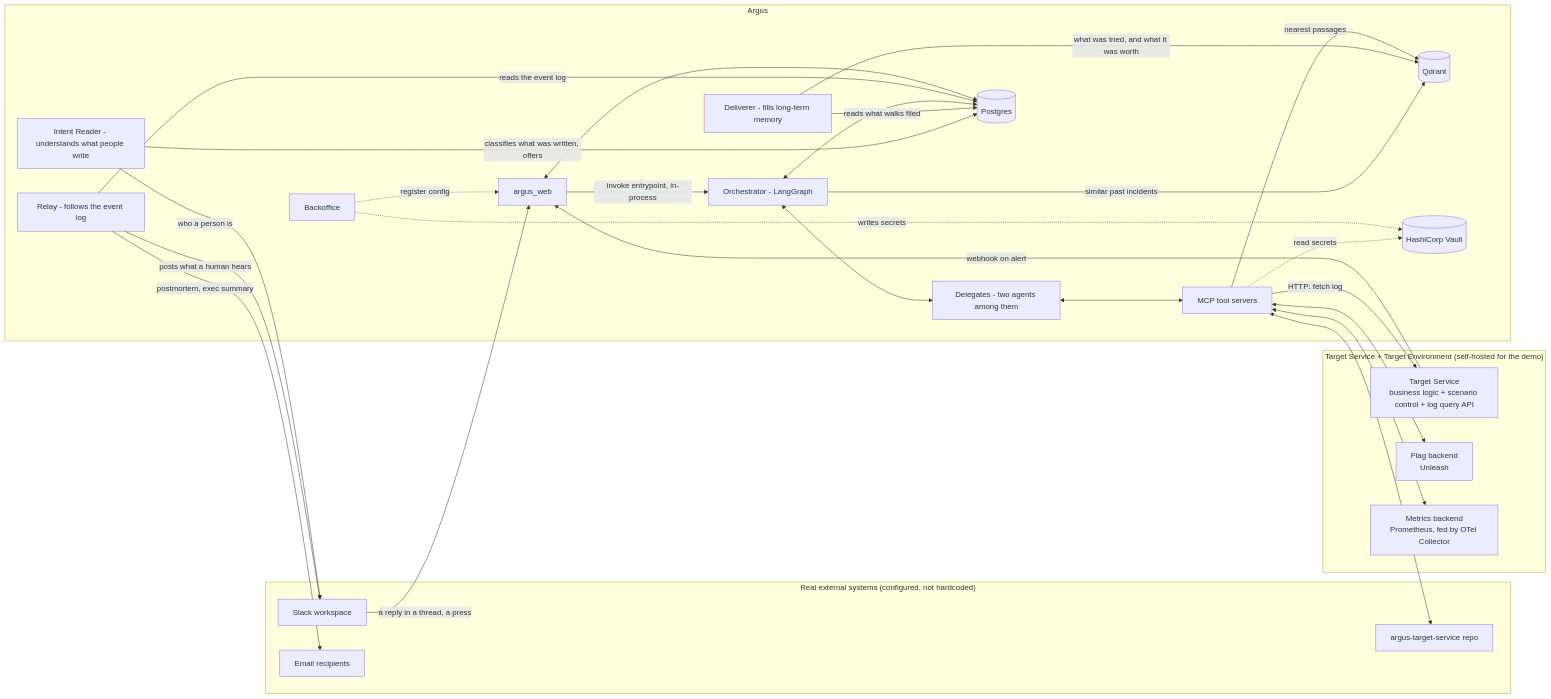
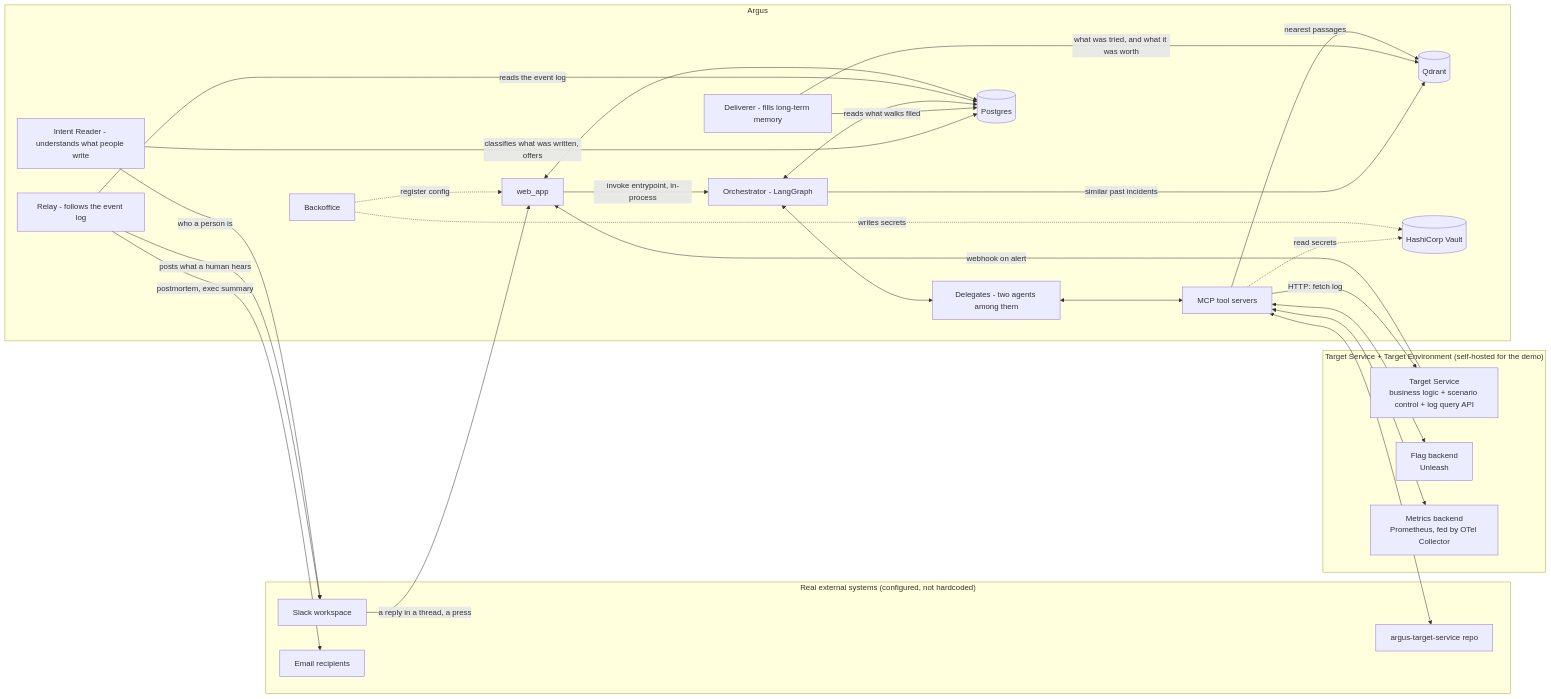
One commit to ohadraz/Argus changed the first of 6 diagrams in docs/spec-and-architecture.md. Above: the diagram before and after it, drawn with Mermaid. The commit also changed other lines of this file and 114 other files, not shown here.

Commit message:
argus_web becomes web_app, its suite, imports, contracts and docs following

````diff
--- a/docs/spec-and-architecture.md
+++ b/docs/spec-and-architecture.md
@@ -74,52 +74,52 @@
 ```mermaid
 flowchart LR
     subgraph Real["Real external systems (configured, not hardcoded)"]
         SLK[Slack workspace]
         MAIL[Email recipients]
         GH[argus-target-service repo]
     end
 
     subgraph TargetEnv["Target Service + Target Environment (self-hosted for the demo)"]
         TS[Target Service<br/>business logic + scenario control + log query API]
         FLAGS[Flag backend<br/>Unleash]
         METRICS[Metrics backend<br/>Prometheus, fed by OTel Collector]
     end
 
     subgraph Argus["Argus"]
-        WEB[argus_web]
+        WEB[web_app]
         ORCH[Orchestrator - LangGraph]
         AGENTS[Delegates - two agents among them]
         MCPS[MCP tool servers]
         RELAY[Relay - follows the event log]
         INTENT[Intent Reader - understands what people write]
         MEMORY[Deliverer - fills long-term memory]
         PG[(Postgres)]
         QDRANT[(Qdrant)]
         VAULT[(HashiCorp Vault)]
         BO[Backoffice]
     end
 
     TS -->|webhook on alert| WEB
     WEB -->|invoke entrypoint, in-process| ORCH
     ORCH <--> AGENTS
     AGENTS <--> MCPS
     MCPS -->|HTTP: fetch log| TS
     MCPS <--> FLAGS
     MCPS <--> METRICS
     MCPS <--> GH
     SLK -->|a reply in a thread, a press| WEB
     RELAY -->|posts what a human hears| SLK
     INTENT -->|classifies what was written, offers| PG
     INTENT -->|who a person is| SLK
     RELAY -->|postmortem, exec summary| MAIL
     ORCH -->|similar past incidents| QDRANT
     MEMORY -->|what was tried, and what it was worth| QDRANT
     MEMORY -->|reads what walks filed| PG
     MCPS -->|nearest passages| QDRANT
     ORCH <--> PG
     RELAY -->|reads the event log| PG
     MCPS -.->|read secrets| VAULT
     WEB <--> PG
     BO -.->|register config| WEB
     BO -.->|writes secrets| VAULT
 ```
````
